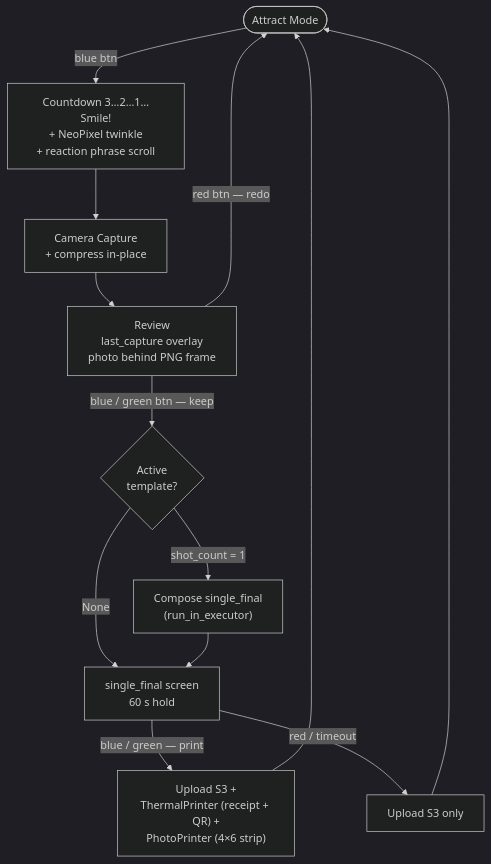
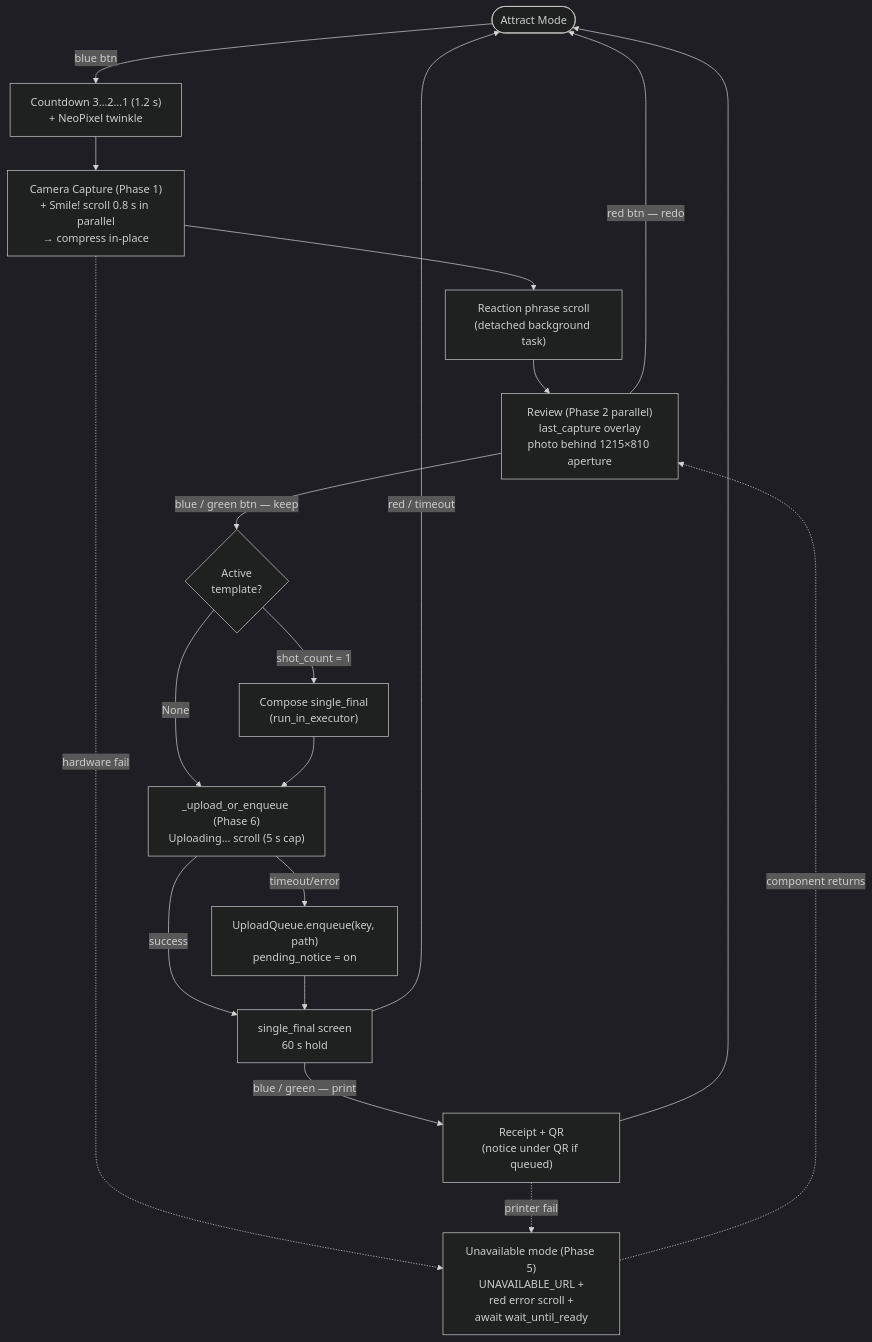
One commit to capturingtime/photobooth changed the first of 2 diagrams in ARCHITECTURE.md. Above: the diagram before and after it, drawn with Mermaid (dark theme). The commit also changed other lines of this file and 3 other files, not shown here.

````diff
--- a/ARCHITECTURE.md
+++ b/ARCHITECTURE.md
@@ -341,23 +573,33 @@
 ```mermaid
 flowchart TD
     ATTRACT(["Attract Mode"])
     ATTRACT -->|"blue btn"| COUNTDOWN
 
-    COUNTDOWN["Countdown 3…2…1…Smile!\n+ NeoPixel twinkle\n+ reaction phrase scroll"]
-    COUNTDOWN --> CAPTURE["Camera Capture\n+ compress in-place"]
-    CAPTURE --> REVIEW
+    COUNTDOWN["Countdown 3…2…1 (1.2 s)\n+ NeoPixel twinkle"]
+    COUNTDOWN --> CAPTURE["Camera Capture (Phase 1)\n+ Smile! scroll 0.8 s in parallel\n→ compress in-place"]
+    CAPTURE --> PHRASE["Reaction phrase scroll\n(detached background task)"]
+    PHRASE --> REVIEW
 
-    REVIEW["Review\nlast_capture overlay\nphoto behind PNG frame"]
+    REVIEW["Review (Phase 2 parallel)\nlast_capture overlay\nphoto behind 1215×810 aperture"]
     REVIEW -->|"red btn — redo"| ATTRACT
     REVIEW -->|"blue / green btn — keep"| KEEP_GATE{Active\ntemplate?}
 
-    KEEP_GATE -->|"None"| FINAL
+    KEEP_GATE -->|"None"| UPLOAD
     KEEP_GATE -->|"shot_count = 1"| COMPOSE["Compose single_final\n(run_in_executor)"]
-    COMPOSE --> FINAL
+    COMPOSE --> UPLOAD
+
+    UPLOAD["_upload_or_enqueue (Phase 6)\nUploading... scroll (5 s cap)"]
+    UPLOAD -->|"success"| FINAL
+    UPLOAD -->|"timeout/error"| QUEUE["UploadQueue.enqueue(key, path)\npending_notice = on"]
+    QUEUE --> FINAL
 
     FINAL["single_final screen\n60 s hold"]
-    FINAL -->|"blue / green — print"| PRINT["Upload S3 +\nThermalPrinter (receipt + QR) +\nPhotoPrinter (4×6 strip)"]
-    FINAL -->|"red / timeout"| UPLOAD_ONLY["Upload S3 only"]
+    FINAL -->|"blue / green — print"| PRINT["Receipt + QR\n(notice under QR if queued)"]
+    FINAL -->|"red / timeout"| ATTRACT
     PRINT --> ATTRACT
-    UPLOAD_ONLY --> ATTRACT
+
+    CAPTURE -.->|"hardware fail"| UNAVAIL
+    PRINT -.->|"printer fail"| UNAVAIL
+    UNAVAIL["Unavailable mode (Phase 5)\nUNAVAILABLE_URL +\nred error scroll +\nawait wait_until_ready"]
+    UNAVAIL -.->|"component returns"| REVIEW
 ```
````
